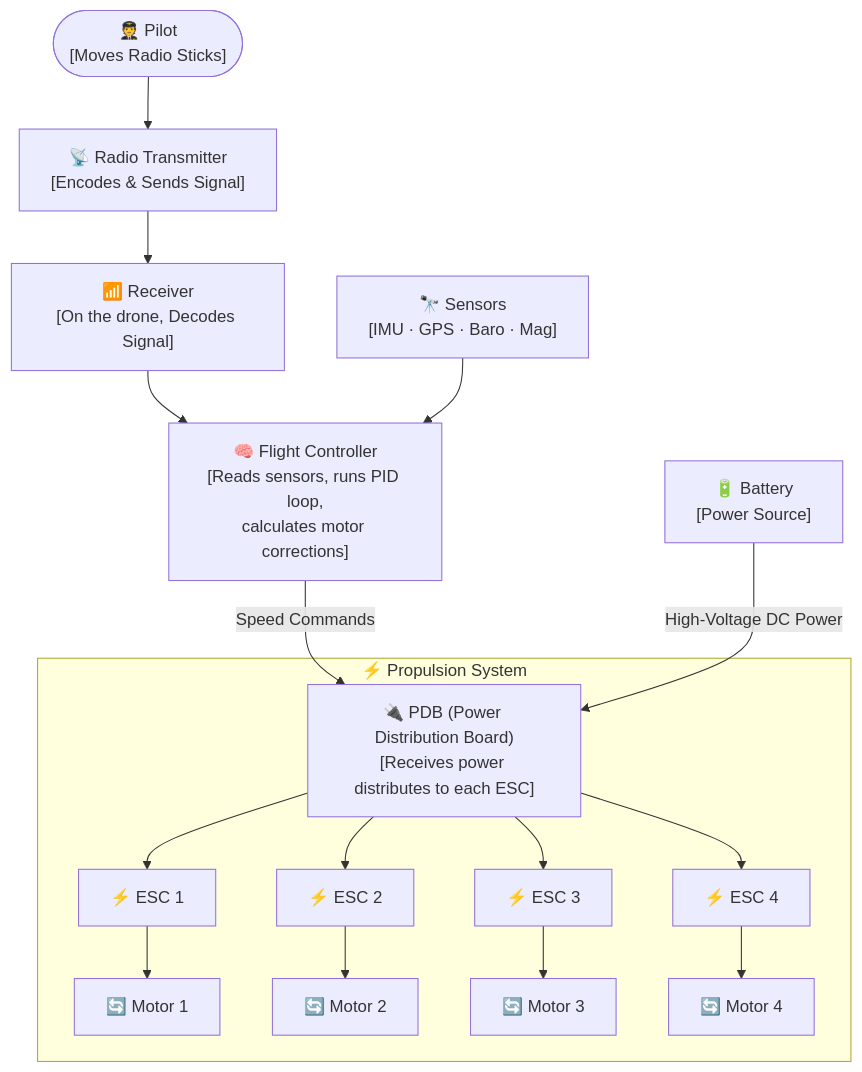
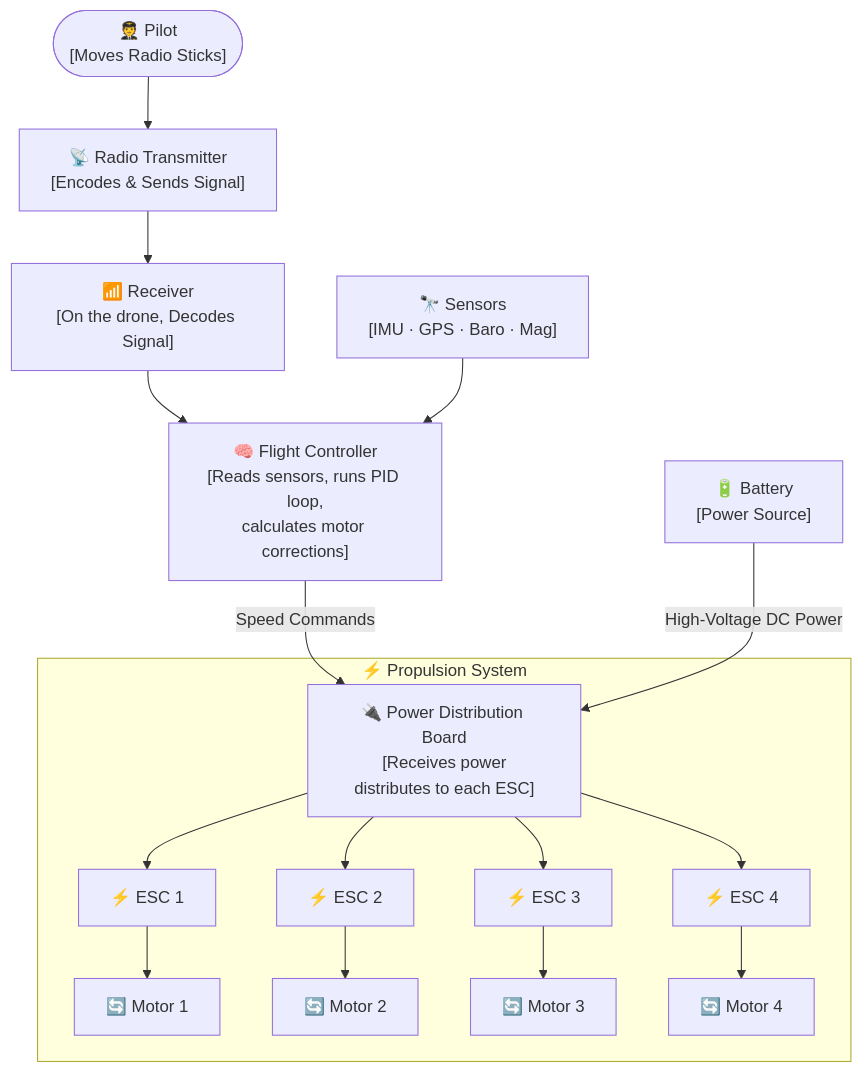
One commit to oyegunmen/JanFlight changed the first of 8 diagrams in docs/content/basics.md. Above: the diagram before and after it, drawn with Mermaid. The commit also changed other lines of this file and 19 other files, not shown here.

````diff
--- a/docs/content/basics.md
+++ b/docs/content/basics.md
@@ -40,23 +32,23 @@
 ```mermaid
 flowchart TD
     Pilot(["🧑‍✈️ Pilot\n[Moves Radio Sticks]"])
     TX["📡 Radio Transmitter\n[Encodes & Sends Signal]"]
     RX["📶 Receiver\n[On the drone, Decodes Signal]"]
     FC["🧠 Flight Controller\n[Reads sensors, runs PID loop,\ncalculates motor corrections]"]
     BAT["🔋 Battery\n[Power Source]"]
     SENSORS["🔭 Sensors\n[IMU · GPS · Baro · Mag]"]
 
     Pilot --> TX --> RX --> FC
     SENSORS --> FC
 
     subgraph PROP["⚡ Propulsion System"]
-        PDB["🔌 PDB (Power Distribution Board)\n[Receives power \ndistributes to each ESC]"]
+        PDB["🔌 Power Distribution Board\n[Receives power\ndistributes to each ESC]"]
         PDB --> ESC1["⚡ ESC 1"] --> M1["🔄 Motor 1"]
         PDB --> ESC2["⚡ ESC 2"] --> M2["🔄 Motor 2"]
         PDB --> ESC3["⚡ ESC 3"] --> M3["🔄 Motor 3"]
         PDB --> ESC4["⚡ ESC 4"] --> M4["🔄 Motor 4"]
     end
 
     FC  -->|"Speed Commands"| PDB
     BAT -->|"High-Voltage DC Power"| PDB
 ```
````
